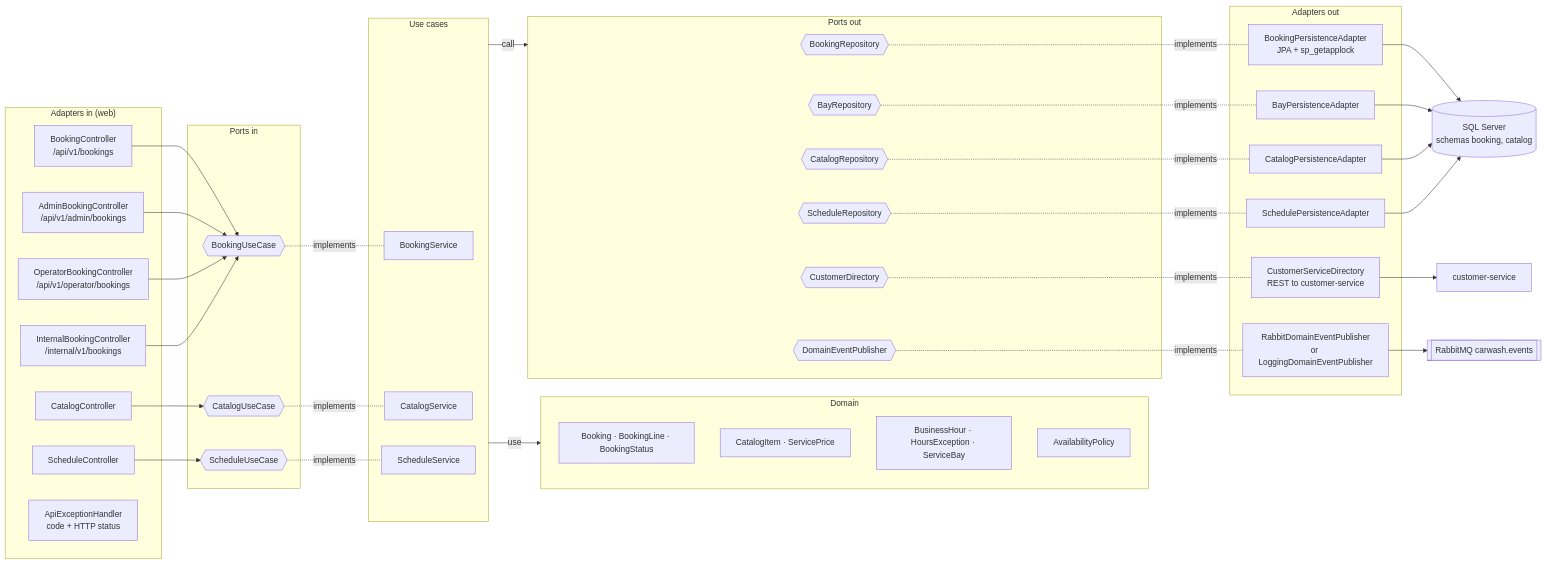
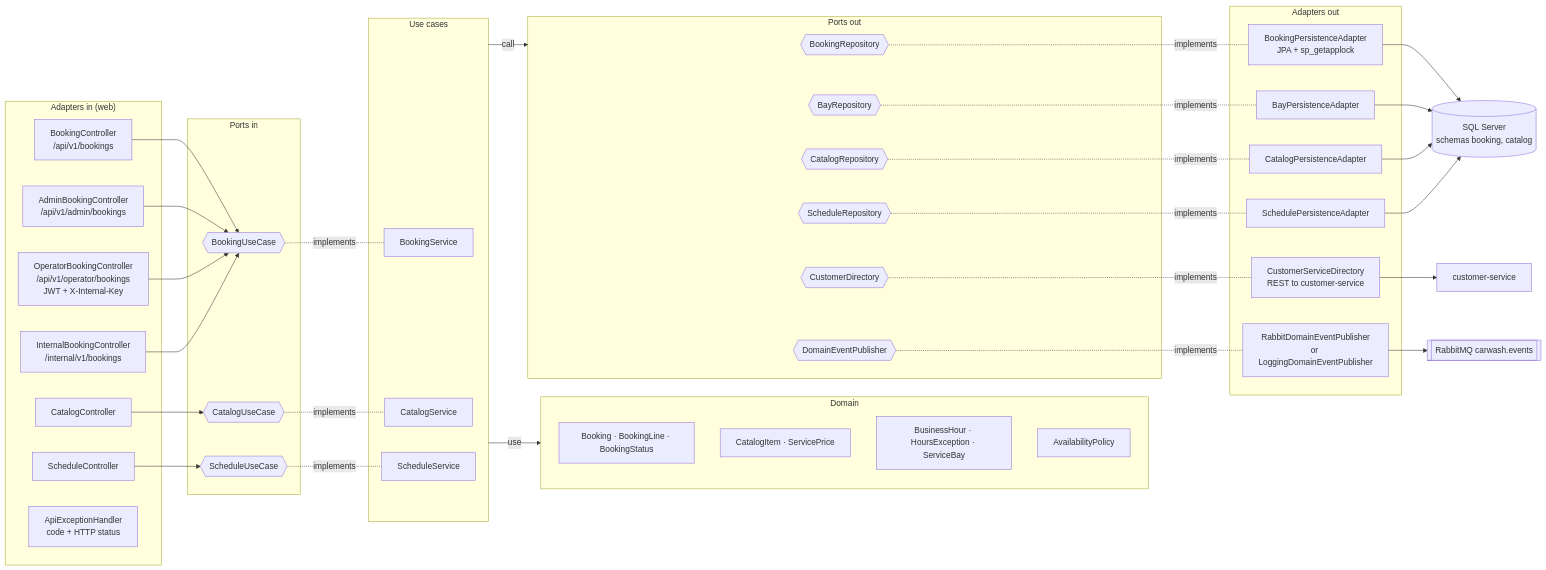
The diagram in 08-uml/diagrams/source/c3-booking-components.md (code-sena/vehicle-w-docs), drawn with Mermaid before and after one commit. The commit also changed 8 other files, not shown here.

First line of the commit message:
docs(uml): align the C4 and UML diagrams with the real events, the internal key on operator routes, the notes and the backups

````diff
--- a/08-uml/diagrams/source/c3-booking-components.md
+++ b/08-uml/diagrams/source/c3-booking-components.md
@@ -7,71 +7,71 @@
 ```mermaid
 flowchart LR
     subgraph IN["Adapters in (web)"]
         BC[BookingController<br/>/api/v1/bookings]
         ABC[AdminBookingController<br/>/api/v1/admin/bookings]
-        OBC[OperatorBookingController<br/>/api/v1/operator/bookings]
+        OBC[OperatorBookingController<br/>/api/v1/operator/bookings<br/>JWT + X-Internal-Key]
         IBC[InternalBookingController<br/>/internal/v1/bookings]
         CC[CatalogController]
         SC[ScheduleController]
         EH[ApiExceptionHandler<br/>code + HTTP status]
     end
 
     subgraph PIN["Ports in"]
         BU{{BookingUseCase}}
         CU{{CatalogUseCase}}
         SU{{ScheduleUseCase}}
     end
 
     subgraph APP["Use cases"]
         BS[BookingService]
         CS[CatalogService]
         SS[ScheduleService]
     end
 
     subgraph DOM["Domain"]
         B[Booking · BookingLine · BookingStatus]
         CAT[CatalogItem · ServicePrice]
         SCH[BusinessHour · HoursException · ServiceBay]
         AP[AvailabilityPolicy]
     end
 
     subgraph POUT["Ports out"]
         BR{{BookingRepository}}
         BAR{{BayRepository}}
         CR{{CatalogRepository}}
         SR{{ScheduleRepository}}
         CD{{CustomerDirectory}}
         EP{{DomainEventPublisher}}
     end
 
     subgraph OUT["Adapters out"]
         BPA[BookingPersistenceAdapter<br/>JPA + sp_getapplock]
         BAPA[BayPersistenceAdapter]
         CPA[CatalogPersistenceAdapter]
         SPA[SchedulePersistenceAdapter]
         CSD[CustomerServiceDirectory<br/>REST to customer-service]
         RP[RabbitDomainEventPublisher<br/>or LoggingDomainEventPublisher]
     end
 
     db[(SQL Server<br/>schemas booking, catalog)]
     customer[customer-service]
     mq[[RabbitMQ carwash.events]]
 
     BC & ABC & OBC & IBC --> BU
     CC --> CU
     SC --> SU
     BU -.implements.- BS
     CU -.implements.- CS
     SU -.implements.- SS
     APP -- "use" --> DOM
     APP -- "call" --> POUT
     BR -.implements.- BPA
     BAR -.implements.- BAPA
     CR -.implements.- CPA
     SR -.implements.- SPA
     CD -.implements.- CSD
     EP -.implements.- RP
     BPA & BAPA & CPA & SPA --> db
     CSD --> customer
     RP --> mq
 ```
````
